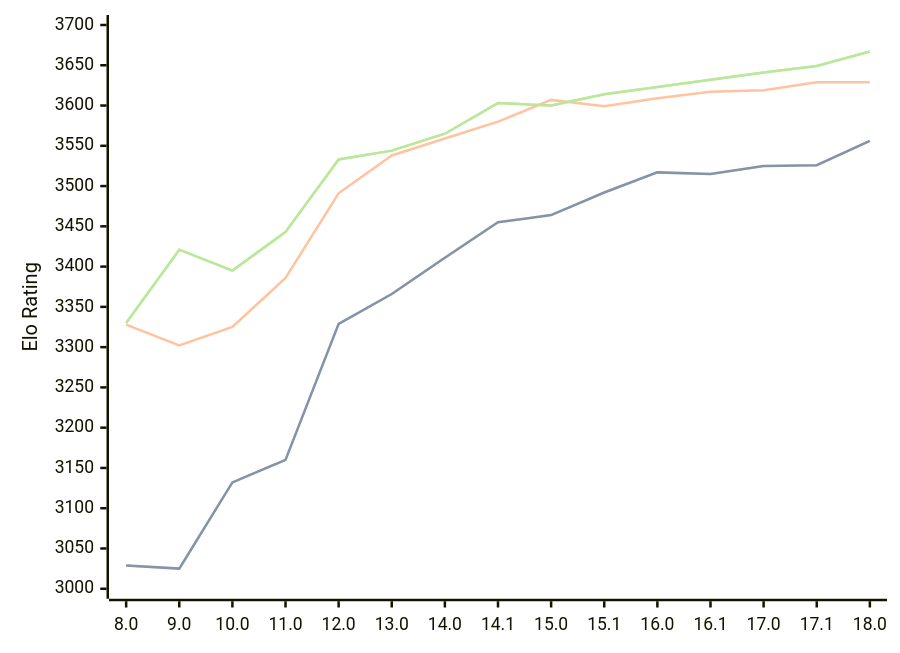
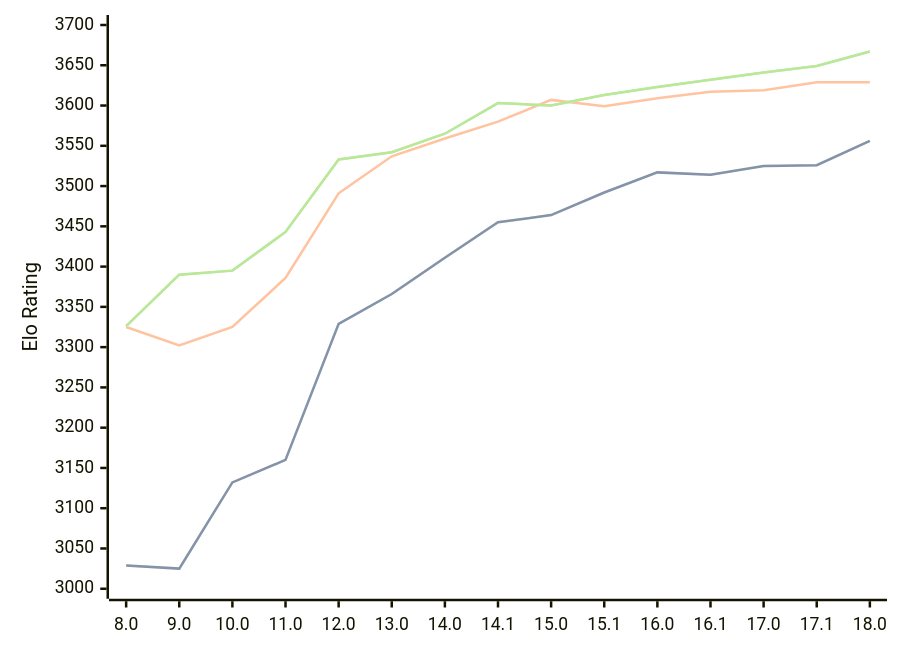
Before and after one commit to computer-chess-index/cci: the diagram in engines/Stockfish.md, drawn with Mermaid. The commit also changed other lines of this file, not shown here.

Commit message:
Update CCI Ratings (ELO VLTC) - 2026-02-25

````diff
--- a/engines/Stockfish.md
+++ b/engines/Stockfish.md
@@ -44,11 +44,11 @@
 ```mermaid
 %%{init: {"theme":"base","themeVariables":{"seriesColors:['#a3a3a3','#222221','#faa371']}}}%%
 xychart-beta
   x-axis ["8.0", "9.0", "10.0", "11.0", "12.0", "13.0", "14.0", "14.1", "15.0", "15.1", "16.0", "16.1", "17.0", "17.1", "18.0"]
   y-axis "Elo Rating" 3000 --> 3700
-  line "STC (8.0+0.08s)" [3029, 3025, 3132, 3160, 3329, 3366, 3411, 3455, 3464, 3492, 3517, 3515, 3525, 3526, 3556]
-  line "STC (8.0+0.08s)" [3029, 3025, 3132, 3160, 3329, 3366, 3411, 3455, 3464, 3492, 3517, 3515, 3525, 3526, 3556]
-  line "LTC (60.0+0.60s)" [3328, 3302, 3325, 3386, 3491, 3538, 3559, 3580, 3607, 3599, 3609, 3617, 3619, 3629, 3629]
-  line "VLTC (2m24s+1.12s)" [3330, 3421, 3395, 3443, 3533, 3544, 3565, 3603, 3600, 3614, 3623, 3632, 3641, 3649, 3667]
-  line "VLTC (2m24s+1.12s)" [3330, 3421, 3395, 3443, 3533, 3544, 3565, 3603, 3600, 3614, 3623, 3632, 3641, 3649, 3667]
+  line "STC (8.0+0.08s)" [3029, 3025, 3132, 3160, 3329, 3366, 3411, 3455, 3464, 3492, 3517, 3514, 3525, 3526, 3556]
+  line "STC (8.0+0.08s)" [3029, 3025, 3132, 3160, 3329, 3366, 3411, 3455, 3464, 3492, 3517, 3514, 3525, 3526, 3556]
+  line "LTC (60.0+0.60s)" [3325, 3302, 3325, 3386, 3491, 3537, 3559, 3580, 3607, 3599, 3609, 3617, 3619, 3629, 3629]
+  line "VLTC (2m24s+1.12s)" [3326, 3390, 3395, 3443, 3533, 3542, 3565, 3603, 3600, 3613, 3623, 3632, 3641, 3649, 3667]
+  line "VLTC (2m24s+1.12s)" [3326, 3390, 3395, 3443, 3533, 3542, 3565, 3603, 3600, 3613, 3623, 3632, 3641, 3649, 3667]
 ```
````
